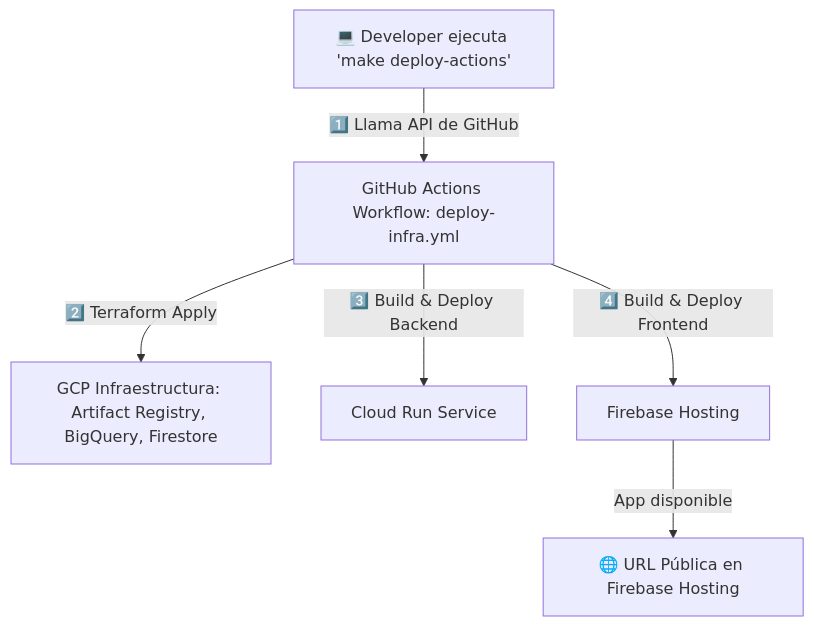
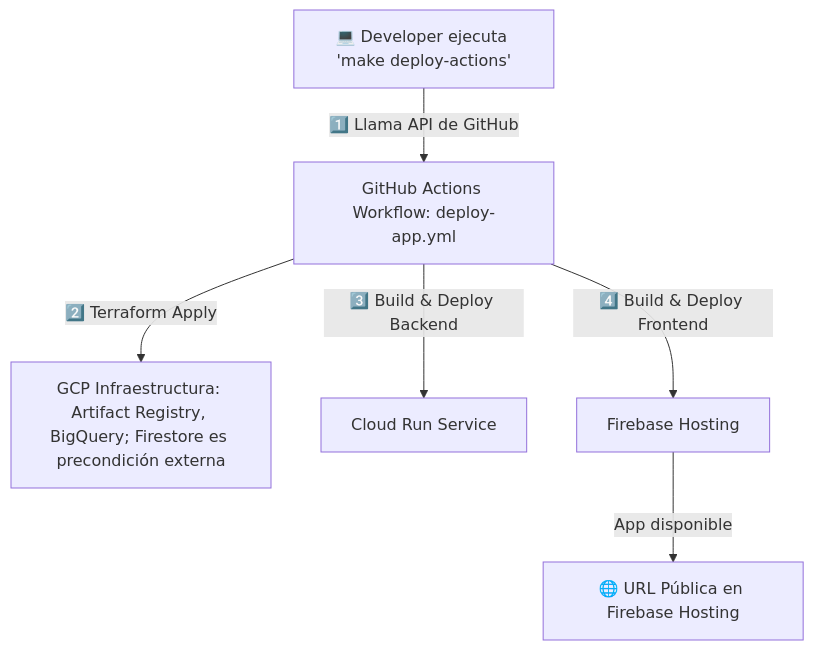
The second of 2 diagrams in README_Infra.md (HubertRonald/HackDayIAMindsInsuranceCarrier), drawn with Mermaid before and after one commit. The commit also changed other lines of this file and 4 other files, not shown here.

Commit message:
docs(portfolio): align historical architecture and evidence

````diff
--- a/README_Infra.md
+++ b/README_Infra.md
@@ -123,9 +124,9 @@
 ```mermaid
 flowchart TD
-    A[💻 Developer ejecuta 'make deploy-actions'] -->|1️⃣ Llama API de GitHub| B[GitHub Actions Workflow: deploy-infra.yml]
-    B -->|2️⃣ Terraform Apply| C[GCP Infraestructura: Artifact Registry, BigQuery, Firestore]
+    A[💻 Developer ejecuta 'make deploy-actions'] -->|1️⃣ Llama API de GitHub| B[GitHub Actions Workflow: deploy-app.yml]
+    B -->|2️⃣ Terraform Apply| C[GCP Infraestructura: Artifact Registry, BigQuery; Firestore es precondición externa]
     B -->|3️⃣ Build & Deploy Backend| D[Cloud Run Service]
     B -->|4️⃣ Build & Deploy Frontend| E[Firebase Hosting]
     E -->|App disponible| F[🌐 URL Pública en Firebase Hosting]
 
 ```
````
